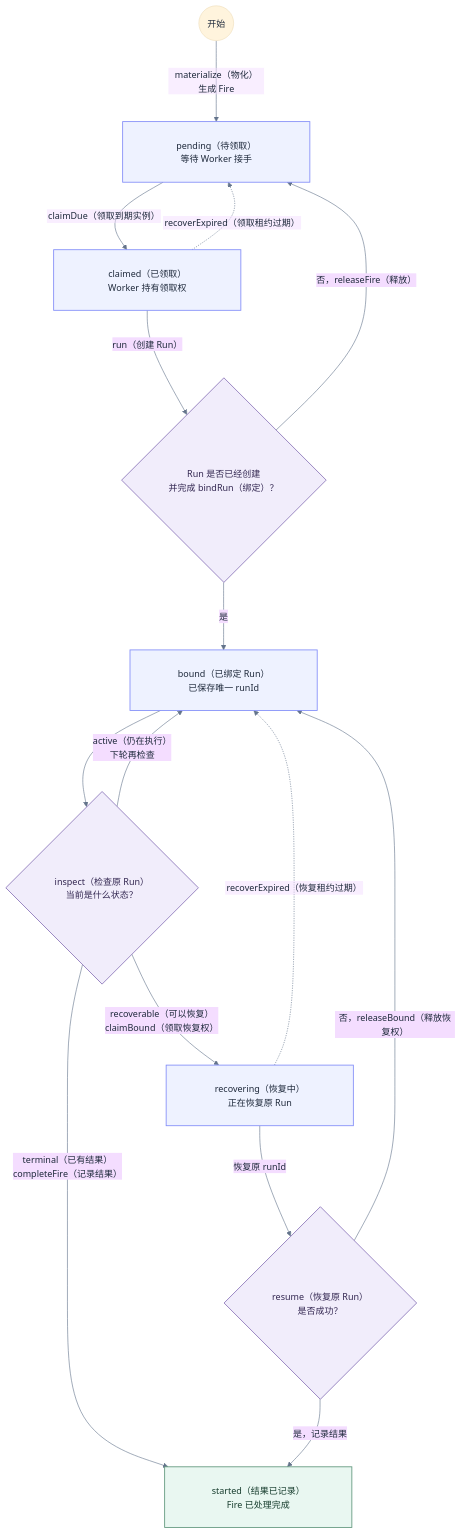
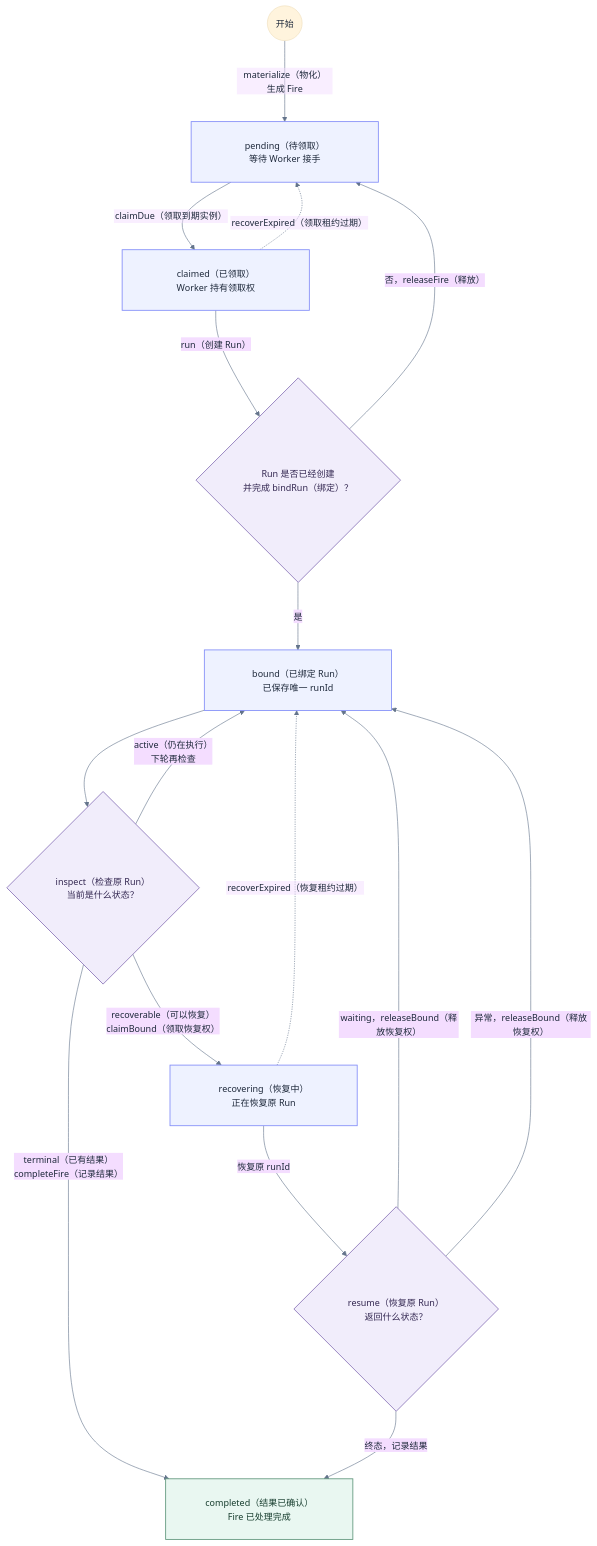
Before and after one commit to Wpxknight/agentdemo: the second of 4 diagrams in docs/design/08-scheduler.md, drawn with Mermaid. The commit also changed other lines of this file and 55 other files, not shown here.

````diff
--- a/docs/design/08-scheduler.md
+++ b/docs/design/08-scheduler.md
@@ -176,36 +182,37 @@
 ```mermaid
 %%{init: {"theme":"base","flowchart":{"curve":"basis","nodeSpacing":70,"rankSpacing":90,"padding":28,"htmlLabels":true},"themeVariables":{"fontFamily":"Inter, PingFang SC, Microsoft YaHei, sans-serif","fontSize":"15px","lineColor":"#64748b","primaryTextColor":"#1e293b"}}}%%
 flowchart TB
   Begin((开始))
   Pending["<div style='width:200px'>pending（待领取）<br/>等待 Worker 接手</div>"]
   Claimed["<div style='width:200px'>claimed（已领取）<br/>Worker 持有领取权</div>"]
   Bound["<div style='width:200px'>bound（已绑定 Run）<br/>已保存唯一 runId</div>"]
   Recovering["<div style='width:200px'>recovering（恢复中）<br/>正在恢复原 Run</div>"]
-  Started["<div style='width:200px'>started（结果已记录）<br/>Fire 已处理完成</div>"]
+  Completed["<div style='width:200px'>completed（结果已确认）<br/>Fire 已处理完成</div>"]
   BindOk{"<div style='width:240px'>Run 是否已经创建<br/>并完成 bindRun（绑定）？</div>"}
   RunState{"<div style='width:220px'>inspect（检查原 Run）<br/>当前是什么状态？</div>"}
-  ResumeOk{"<div style='width:220px'>resume（恢复原 Run）<br/>是否成功？</div>"}
+  ResumeResult{"<div style='width:240px'>resume（恢复原 Run）<br/>返回什么状态？</div>"}
 
   Begin -->| <div style='width:160px'>materialize（物化）<br/>生成 Fire</div> | Pending
   Pending -->| <div style='width:190px'>claimDue（领取到期实例）</div> | Claimed
   Claimed -->|run（创建 Run）| BindOk
   BindOk -->|否，releaseFire（释放）| Pending
   BindOk -->|是| Bound
   Claimed -.->| <div style='width:230px'>recoverExpired（领取租约过期）</div> | Pending
 
   Bound --> RunState
   RunState -->|active（仍在执行）<br/>下轮再检查| Bound
-  RunState -->|terminal（已有结果）<br/>completeFire（记录结果）| Started
+  RunState -->|terminal（已有结果）<br/>completeFire（记录结果）| Completed
   RunState -->|recoverable（可以恢复）<br/>claimBound（领取恢复权）| Recovering
-  Recovering -->|恢复原 runId| ResumeOk
-  ResumeOk -->|是，记录结果| Started
-  ResumeOk -->|否，releaseBound（释放恢复权）| Bound
+  Recovering -->|恢复原 runId| ResumeResult
+  ResumeResult -->|终态，记录结果| Completed
+  ResumeResult -->|waiting，releaseBound（释放恢复权）| Bound
+  ResumeResult -->|异常，releaseBound（释放恢复权）| Bound
   Recovering -.->| <div style='width:230px'>recoverExpired（恢复租约过期）</div> | Bound
 
   classDef state fill:#eef2ff,stroke:#818cf8,color:#1e293b,stroke-width:1.4px;
   classDef terminal fill:#e9f7f1,stroke:#5f967b,color:#173d2e,stroke-width:1.4px;
   classDef decision fill:#f1edfb,stroke:#8974b8,color:#332751,stroke-width:1.4px;
   class Pending,Claimed,Bound,Recovering state;
-  class Started terminal;
-  class BindOk,RunState,ResumeOk decision;
+  class Completed terminal;
+  class BindOk,RunState,ResumeResult decision;
 ```
````
